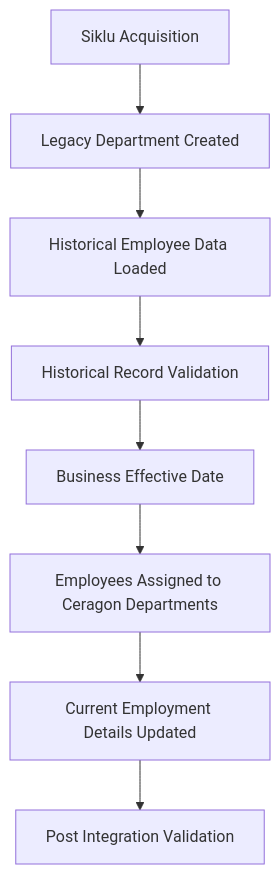
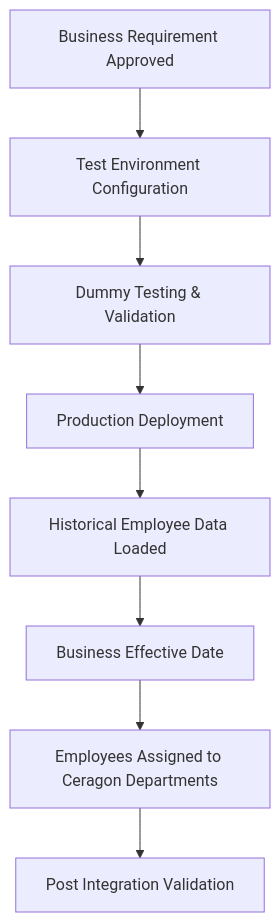
Before and after one commit to singhaditya1261-hub/hris-portfolio: the diagram in Projects/Siklu-Acquisition-HR-Integration.md, drawn with Mermaid. The commit also changed other lines of this file, not shown here.

````diff
--- a/Projects/Siklu-Acquisition-HR-Integration.md
+++ b/Projects/Siklu-Acquisition-HR-Integration.md
@@ -113,10 +121,10 @@
 ```mermaid
 flowchart TD
-    A[Siklu Acquisition] --> B[Legacy Department Created]
-    B --> C[Historical Employee Data Loaded]
-    C --> D[Historical Record Validation]
-    D --> E[Business Effective Date]
-    E --> F[Employees Assigned to Ceragon Departments]
-    F --> G[Current Employment Details Updated]
+    A[Business Requirement Approved] --> B[Test Environment Configuration]
+    B --> C[Dummy Testing & Validation]
+    C --> D[Production Deployment]
+    D --> E[Historical Employee Data Loaded]
+    E --> F[Business Effective Date]
+    F --> G[Employees Assigned to Ceragon Departments]
     G --> H[Post Integration Validation]
 ```
````
